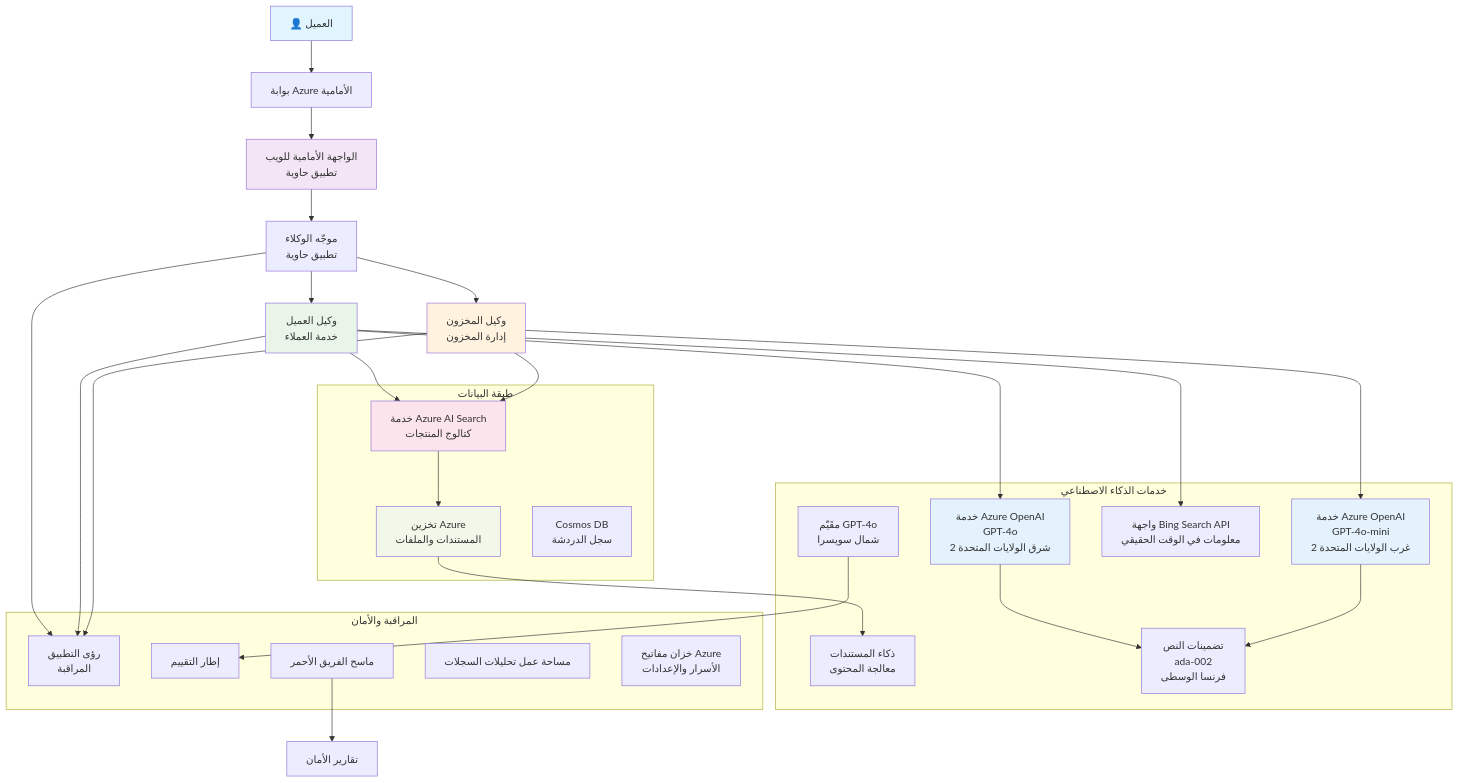
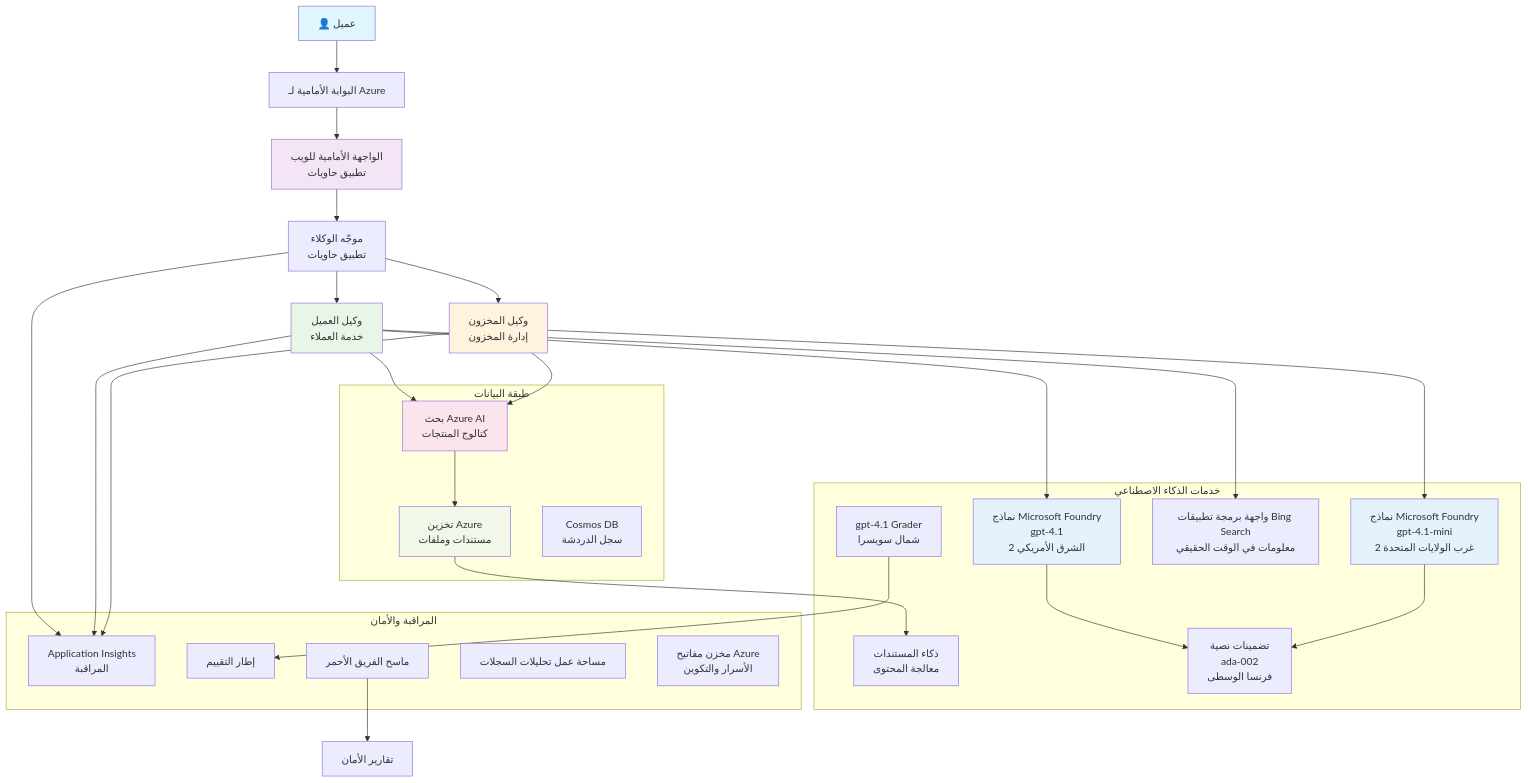
The diagram in translations/ar/examples/retail-scenario.md (microsoft/AZD-for-beginners), drawn with Mermaid before and after one commit. The commit also changed other lines of this file and 101 other files, not shown here.

````diff
--- a/translations/ar/examples/retail-scenario.md
+++ b/translations/ar/examples/retail-scenario.md
@@ -139,61 +139,61 @@
 ```mermaid
 graph TB
-    User[👤 العميل] --> LB[بوابة Azure الأمامية]
-    LB --> WebApp[الواجهة الأمامية للويب<br/>تطبيق حاوية]
+    User[👤 عميل] --> LB[البوابة الأمامية لـ Azure]
+    LB --> WebApp[الواجهة الأمامية للويب<br/>تطبيق حاويات]
     
-    WebApp --> Router[موجّه الوكلاء<br/>تطبيق حاوية]
+    WebApp --> Router[موجّه الوكلاء<br/>تطبيق حاويات]
     Router --> CustomerAgent[وكيل العميل<br/>خدمة العملاء]
     Router --> InvAgent[وكيل المخزون<br/>إدارة المخزون]
     
-    CustomerAgent --> OpenAI1[خدمة Azure OpenAI<br/>GPT-4o<br/>شرق الولايات المتحدة 2]
-    InvAgent --> OpenAI2[خدمة Azure OpenAI<br/>GPT-4o-mini<br/>غرب الولايات المتحدة 2]
+    CustomerAgent --> OpenAI1[نماذج Microsoft Foundry<br/>gpt-4.1<br/>الشرق الأمريكي 2]
+    InvAgent --> OpenAI2[نماذج Microsoft Foundry<br/>gpt-4.1-mini<br/>غرب الولايات المتحدة 2]
     
-    CustomerAgent --> AISearch[خدمة Azure AI Search<br/>كتالوج المنتجات]
-    CustomerAgent --> BingSearch[واجهة Bing Search API<br/>معلومات في الوقت الحقيقي]
+    CustomerAgent --> AISearch[بحث Azure AI<br/>كتالوج المنتجات]
+    CustomerAgent --> BingSearch[واجهة برمجة تطبيقات Bing Search<br/>معلومات في الوقت الحقيقي]
     InvAgent --> AISearch
     
-    AISearch --> Storage[تخزين Azure<br/>المستندات والملفات]
+    AISearch --> Storage[تخزين Azure<br/>مستندات وملفات]
     Storage --> DocIntel[ذكاء المستندات<br/>معالجة المحتوى]
     
-    OpenAI1 --> Embeddings[تضمينات النص<br/>ada-002<br/>فرنسا الوسطى]
+    OpenAI1 --> Embeddings[تضمينات نصية<br/>ada-002<br/>فرنسا الوسطى]
     OpenAI2 --> Embeddings
     
-    Router --> AppInsights[رؤى التطبيق<br/>المراقبة]
+    Router --> AppInsights[Application Insights<br/>المراقبة]
     CustomerAgent --> AppInsights
     InvAgent --> AppInsights
     
-    GraderModel[مقَيّم GPT-4o<br/>شمال سويسرا] --> Evaluation[إطار التقييم]
+    GraderModel[gpt-4.1 Grader<br/>شمال سويسرا] --> Evaluation[إطار التقييم]
     RedTeam[ماسح الفريق الأحمر] --> SecurityReports[تقارير الأمان]
     
     subgraph "طبقة البيانات"
         Storage
         AISearch
         CosmosDB[Cosmos DB<br/>سجل الدردشة]
     end
     
     subgraph "خدمات الذكاء الاصطناعي"
         OpenAI1
         OpenAI2
         Embeddings
         GraderModel
         DocIntel
         BingSearch
     end
     
     subgraph "المراقبة والأمان"
         AppInsights
         LogAnalytics[مساحة عمل تحليلات السجلات]
-        KeyVault[خزان مفاتيح Azure<br/>الأسرار والإعدادات]
+        KeyVault[مخزن مفاتيح Azure<br/>الأسرار والتكوين]
         RedTeam
         Evaluation
     end
     
     style User fill:#e1f5fe
     style WebApp fill:#f3e5f5
     style CustomerAgent fill:#e8f5e8
     style InvAgent fill:#fff3e0
     style OpenAI1 fill:#e3f2fd
     style OpenAI2 fill:#e3f2fd
     style AISearch fill:#fce4ec
     style Storage fill:#f1f8e9
 ```
````
